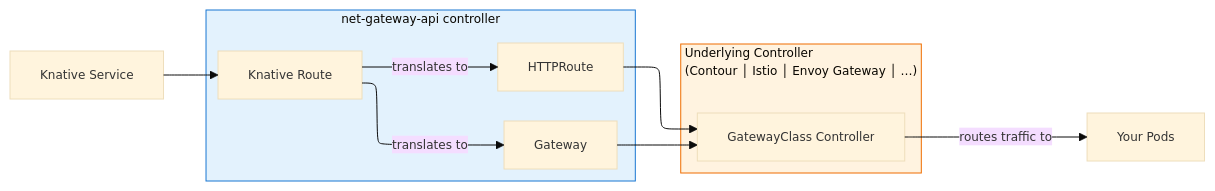
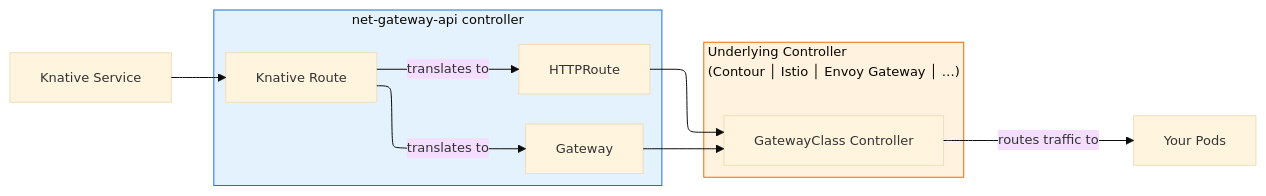
The seventh of 8 diagrams in docs/versioned/serving/config-network-adapters.md (knative/docs), drawn with Mermaid before and after one commit. The commit also changed other lines of this file, not shown here.

````diff
--- a/docs/versioned/serving/config-network-adapters.md
+++ b/docs/versioned/serving/config-network-adapters.md
@@ -198,25 +198,25 @@
     ```mermaid
     ---
     config:
       layout: elk
       theme: default
     ---
-    %%{init: {'theme': 'base', 'themeVariables': { 'fontSize': '12px' }, 'flowchart': {'nodeSpacing': 30, 'rankSpacing': 40} }}%%
+    %%{init: {'theme': 'base', 'themeVariables': { 'fontSize': '13px' }, 'flowchart': {'nodeSpacing': 30, 'rankSpacing': 40} }}%%
     flowchart LR
      subgraph net-gateway-api["net-gateway-api&nbsp;controller"]
             GW["Gateway"]
             Route["Knative&nbsp;Route"]
             HR["HTTPRoute"]
       end
      subgraph underlying["Underlying&nbsp;Controller<br>(Contour │ Istio │ Envoy Gateway │ …)"]
         Controller["GatewayClass&nbsp;Controller"]
       end
         KSvc["Knative&nbsp;Service"] --> Route
         Route -- translates&nbsp;to --> GW & HR
         GW --> Controller
         HR --> Controller
         Controller -- routes&nbsp;traffic&nbsp;to --> Pods["Your&nbsp;Pods"]
 
     style net-gateway-api fill:#e3f2fd,stroke:#1976d2
     style underlying fill:#fff3e0,stroke:#ef6c00
     ```
````
